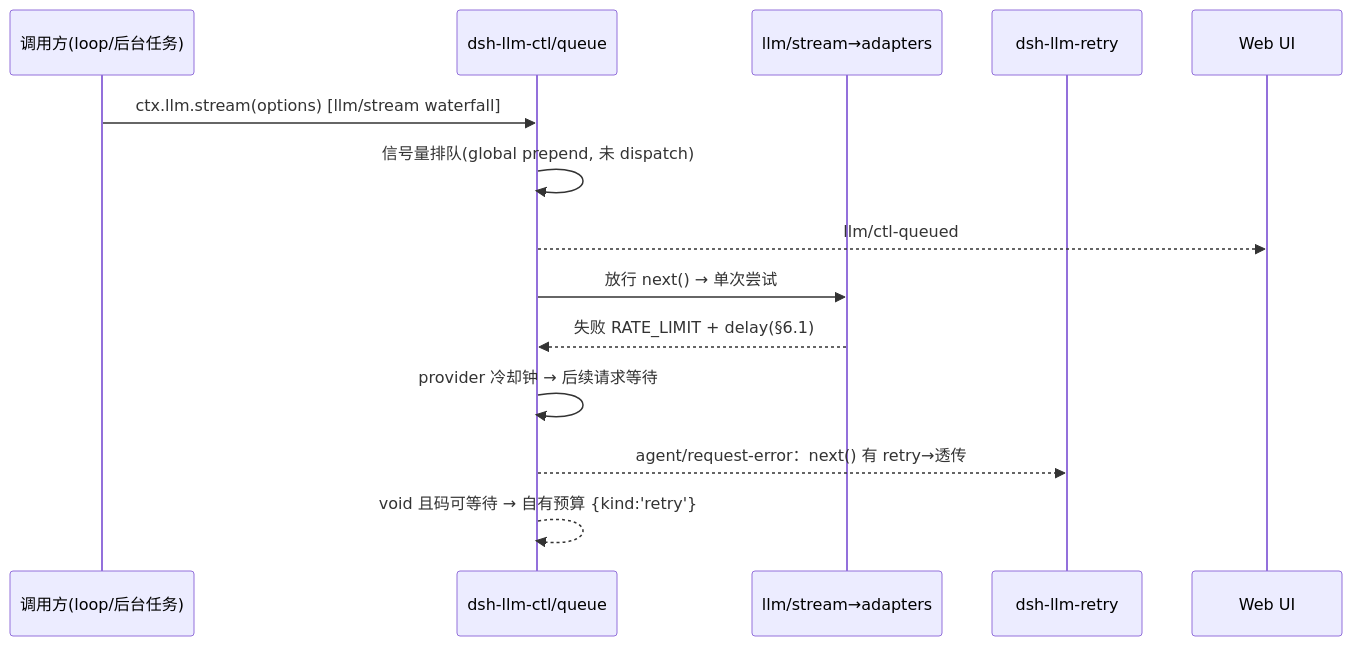
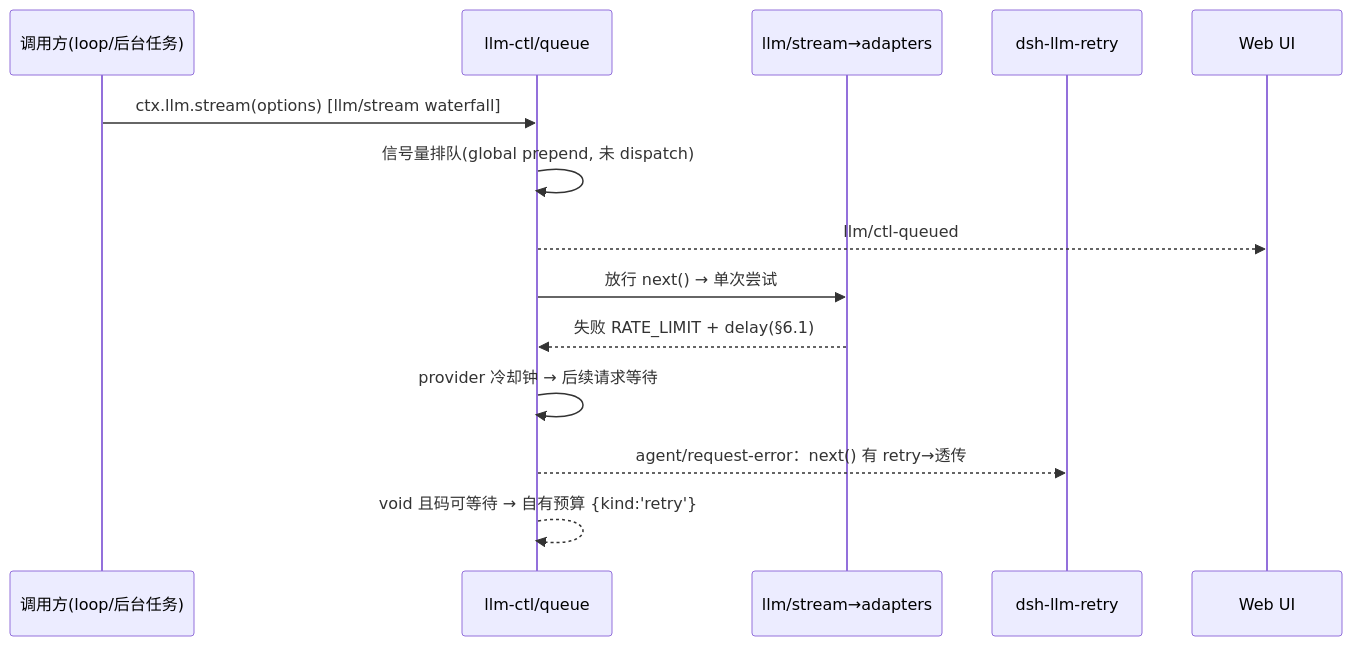
Before and after one commit to leaves615/dsh-llm-ctl: the diagram in PRD.md, drawn with Mermaid. The commit also changed other lines of this file and 7 other files, not shown here.

First line of the commit message:
docs: align package name to @leaves615/dsh-llm-ctl

````diff
--- a/PRD.md
+++ b/PRD.md
@@ -143,16 +143,16 @@
 ```mermaid
 sequenceDiagram
     participant Caller as 调用方(loop/后台任务)
-    participant Ctl as dsh-llm-ctl/queue
+    participant Ctl as llm-ctl/queue
     participant LLM as llm/stream→adapters
     participant Retry as dsh-llm-retry
     participant UI as Web UI
     Caller->>Ctl: ctx.llm.stream(options) [llm/stream waterfall]
     Ctl->>Ctl: 信号量排队(global prepend, 未 dispatch)
     Ctl-->>UI: llm/ctl-queued #N · origin=loop|background
     Ctl->>LLM: 放行 next() → 单次尝试
     LLM-->>Ctl: 失败 RATE_LIMIT + delay(§6.1)
     Ctl->>Ctl: provider 冷却钟 → 后续请求等待
     Ctl-->>Retry: agent/request-error：next() 有 retry→透传
     Ctl-->>Ctl: void 且码可等待 → 自有预算 {kind:'retry'}
 ```
````
